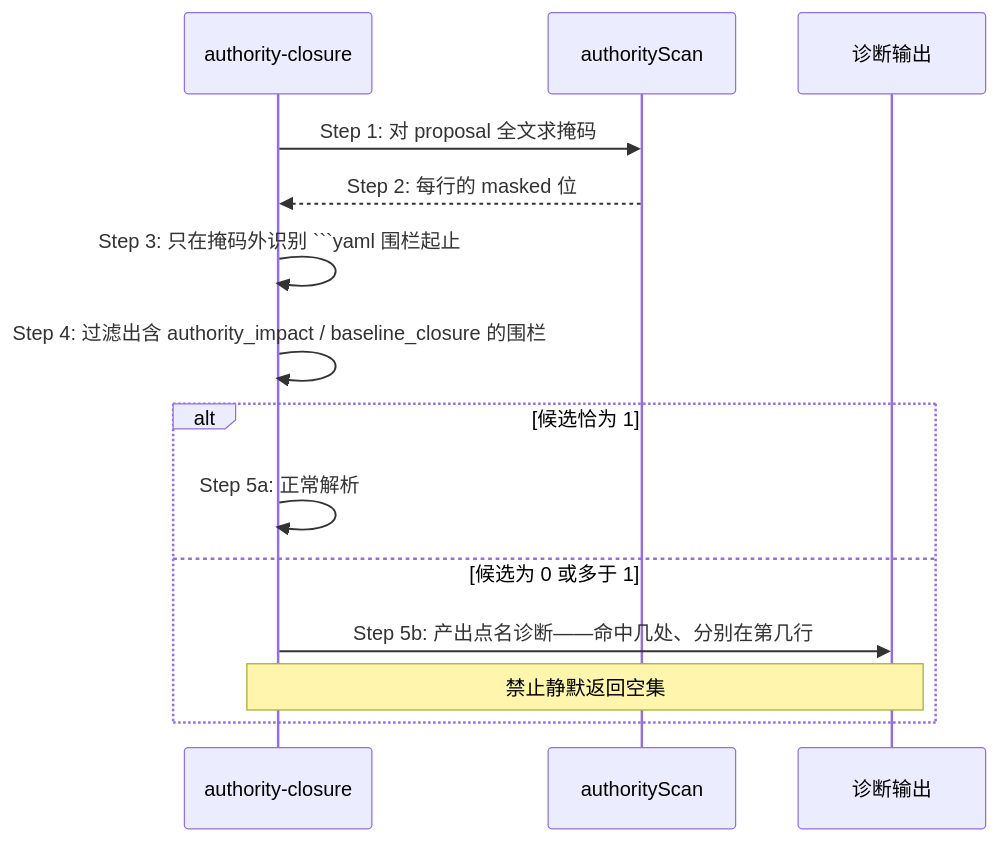
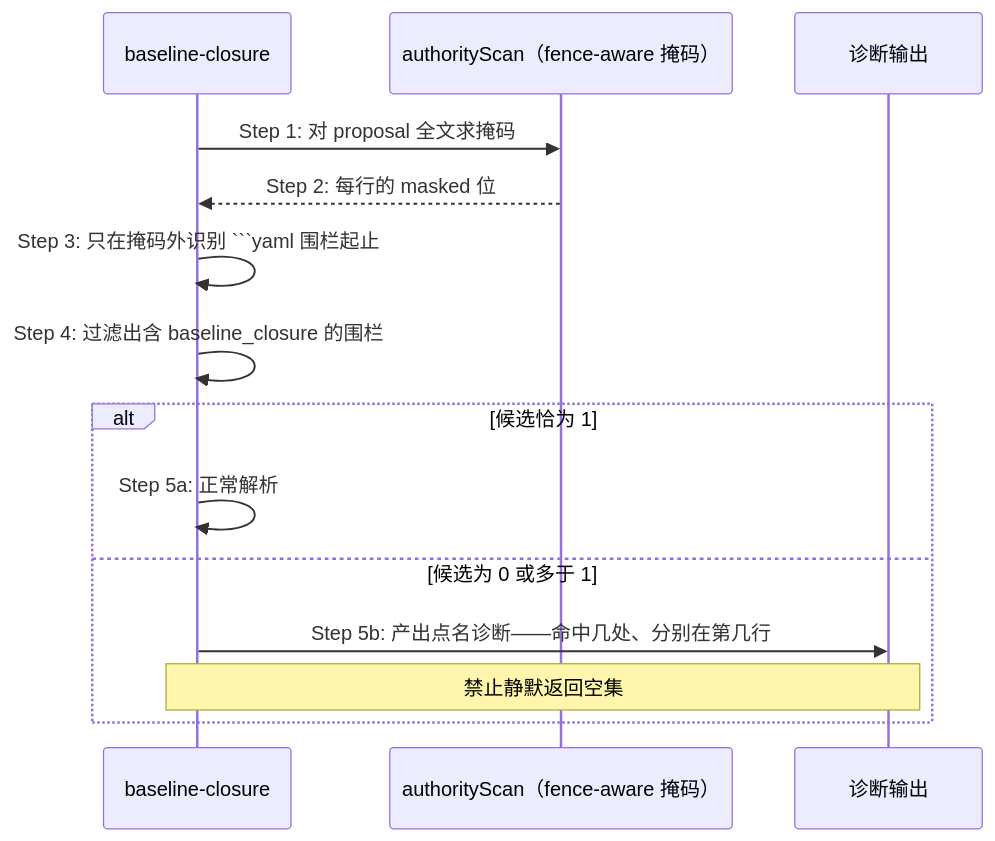
One commit to miniidealab/openlogos changed the second of 3 diagrams in logos/resources/prd/3-technical-plan/2-scenario-implementation/core-S35-change-lint.md. Above: the diagram before and after it, drawn with Mermaid. The commit also changed other lines of this file and 40 other files, not shown here.

First line of the commit message:
docs(lite-cut2a-remove-authority-closure): merge spec deltas

````diff
--- a/logos/resources/prd/3-technical-plan/2-scenario-implementation/core-S35-change-lint.md
+++ b/logos/resources/prd/3-technical-plan/2-scenario-implementation/core-S35-change-lint.md
@@ -289,17 +142,17 @@
 ```mermaid
 sequenceDiagram
-    participant C as authority-closure
-    participant S as authorityScan
+    participant C as baseline-closure
+    participant S as authorityScan（fence-aware 掩码）
     participant D as 诊断输出
 
     C->>S: Step 1: 对 proposal 全文求掩码
     S-->>C: Step 2: 每行的 masked 位
     C->>C: Step 3: 只在掩码外识别 ```yaml 围栏起止
-    C->>C: Step 4: 过滤出含 authority_impact / baseline_closure 的围栏
+    C->>C: Step 4: 过滤出含 baseline_closure 的围栏
     alt 候选恰为 1
         C->>C: Step 5a: 正常解析
     else 候选为 0 或多于 1
         C->>D: Step 5b: 产出点名诊断——命中几处、分别在第几行
         Note over C,D: 禁止静默返回空集
     end
 ```
````
